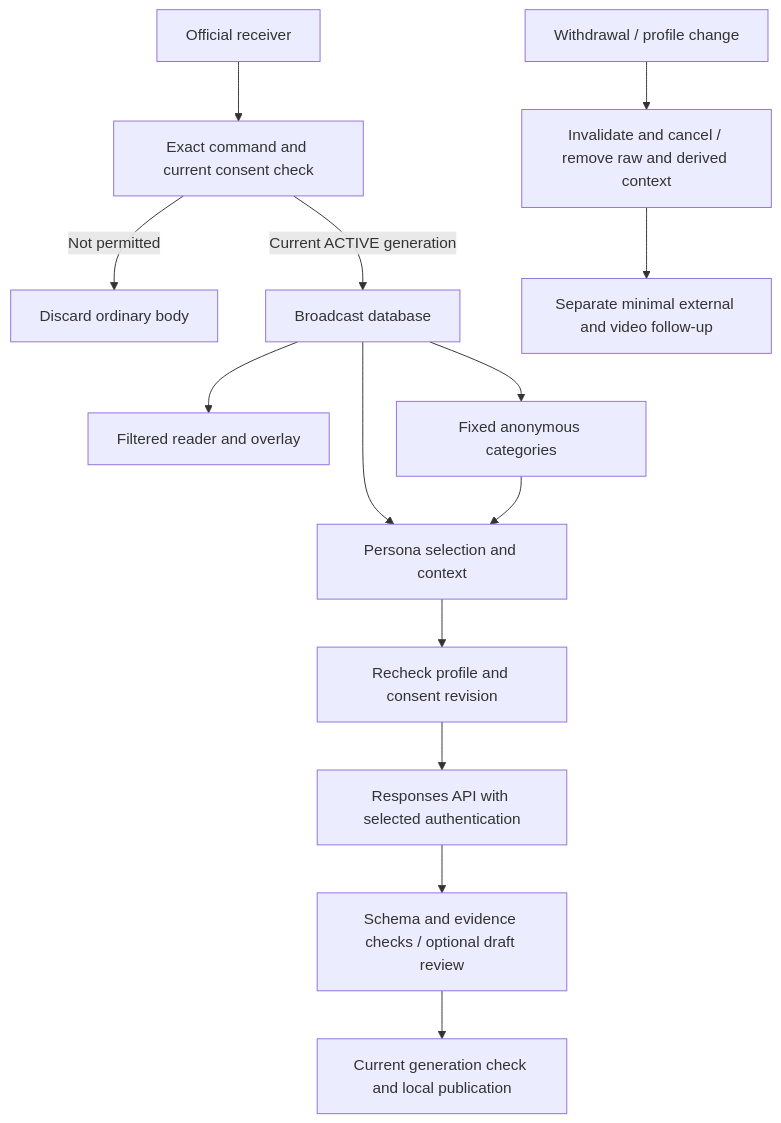
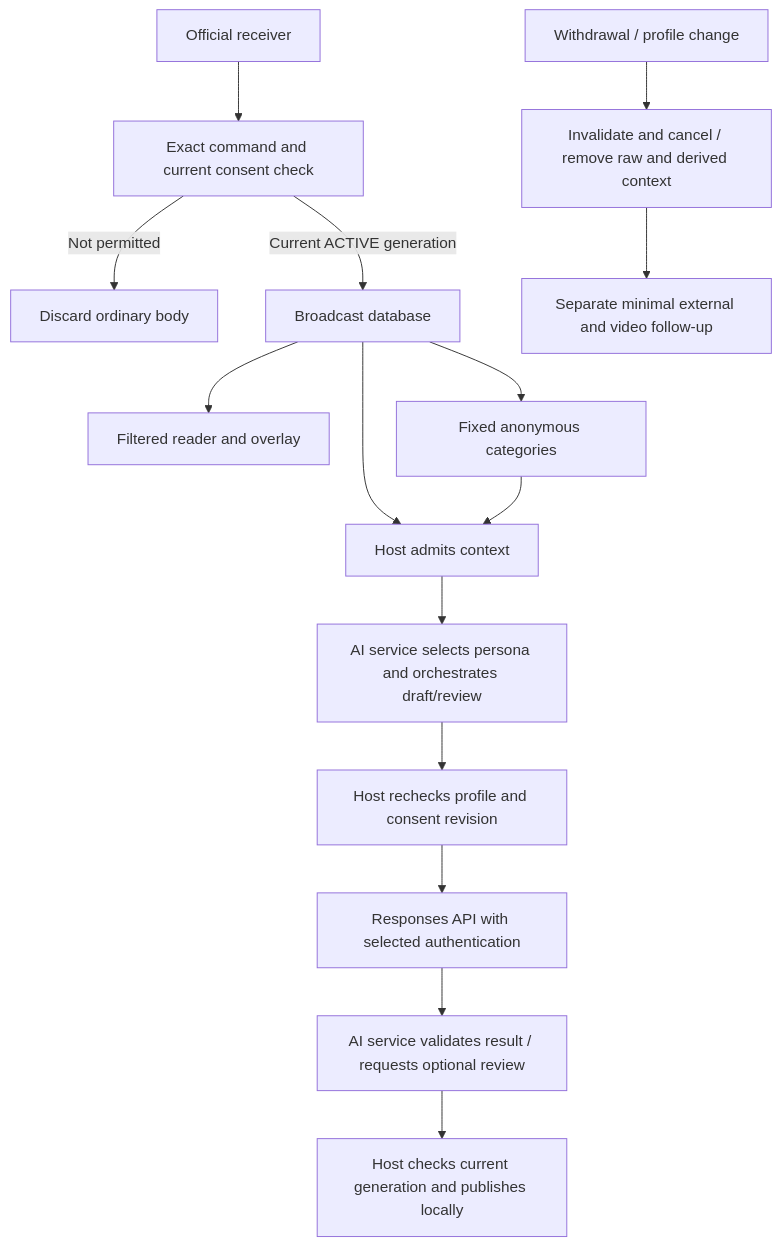
The diagram in docs/development/ai-pipeline.md (lllllrad/ai-fake-viewer), drawn with Mermaid before and after one commit. The commit also changed other lines of this file and 18 other files, not shown here.

````diff
--- a/docs/development/ai-pipeline.md
+++ b/docs/development/ai-pipeline.md
@@ -30,16 +30,17 @@
 ```mermaid
 flowchart TD
   A[Official receiver] --> B[Exact command and current consent check]
   B -->|Not permitted| C[Discard ordinary body]
   B -->|Current ACTIVE generation| D[Broadcast database]
   D --> E[Filtered reader and overlay]
   D --> F[Fixed anonymous categories]
-  D --> G[Persona selection and context]
+  D --> G[Host admits context]
+  G --> S[AI service selects persona and orchestrates draft/review]
   F --> G
-  G --> H[Recheck profile and consent revision]
+  S --> H[Host rechecks profile and consent revision]
   H --> I[Responses API with selected authentication]
-  I --> J[Schema and evidence checks / optional draft review]
-  J --> K[Current generation check and local publication]
+  I --> J[AI service validates result / requests optional review]
+  J --> K[Host checks current generation and publishes locally]
   W[Withdrawal / profile change] --> L[Invalidate and cancel / remove raw and derived context]
   L --> R[Separate minimal external and video follow-up]
 ```
````
